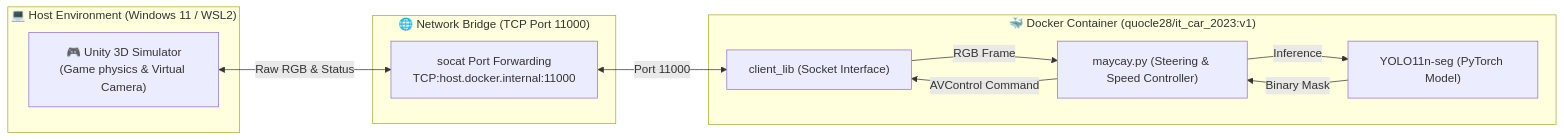
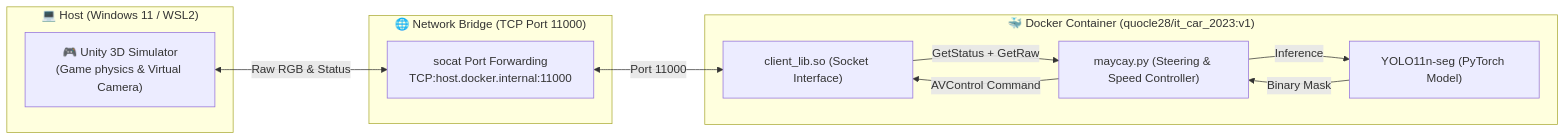
The first of 2 diagrams in README.md (Tam-sketch/UIT-car-racing), drawn with Mermaid before and after one commit. The commit also changed other lines of this file and 5 other files, not shown here.

````diff
--- a/README.md
+++ b/README.md
@@ -51,23 +56,23 @@
 ```mermaid
 graph LR
-    subgraph Host["💻 Host Environment (Windows 11 / WSL2)"]
+    subgraph Host["💻 Host (Windows 11 / WSL2)"]
         Unity["🎮 Unity 3D Simulator<br>(Game physics & Virtual Camera)"]
     end
 
     subgraph Bridge["🌐 Network Bridge (TCP Port 11000)"]
         Socat["socat Port Forwarding<br>TCP:host.docker.internal:11000"]
     end
 
     subgraph Container["🐳 Docker Container (quocle28/it_car_2023:v1)"]
-        ClientLib["client_lib (Socket Interface)"]
+        ClientLib["client_lib.so (Socket Interface)"]
         YOLO["YOLO11n-seg (PyTorch Model)"]
         Controller["maycay.py (Steering & Speed Controller)"]
     end
 
     Unity <-->|Raw RGB & Status| Socat
     Socat <-->|Port 11000| ClientLib
-    ClientLib -->|RGB Frame| Controller
+    ClientLib -->|GetStatus + GetRaw| Controller
     Controller -->|Inference| YOLO
     YOLO -->|Binary Mask| Controller
     Controller -->|AVControl Command| ClientLib
 ```
````
